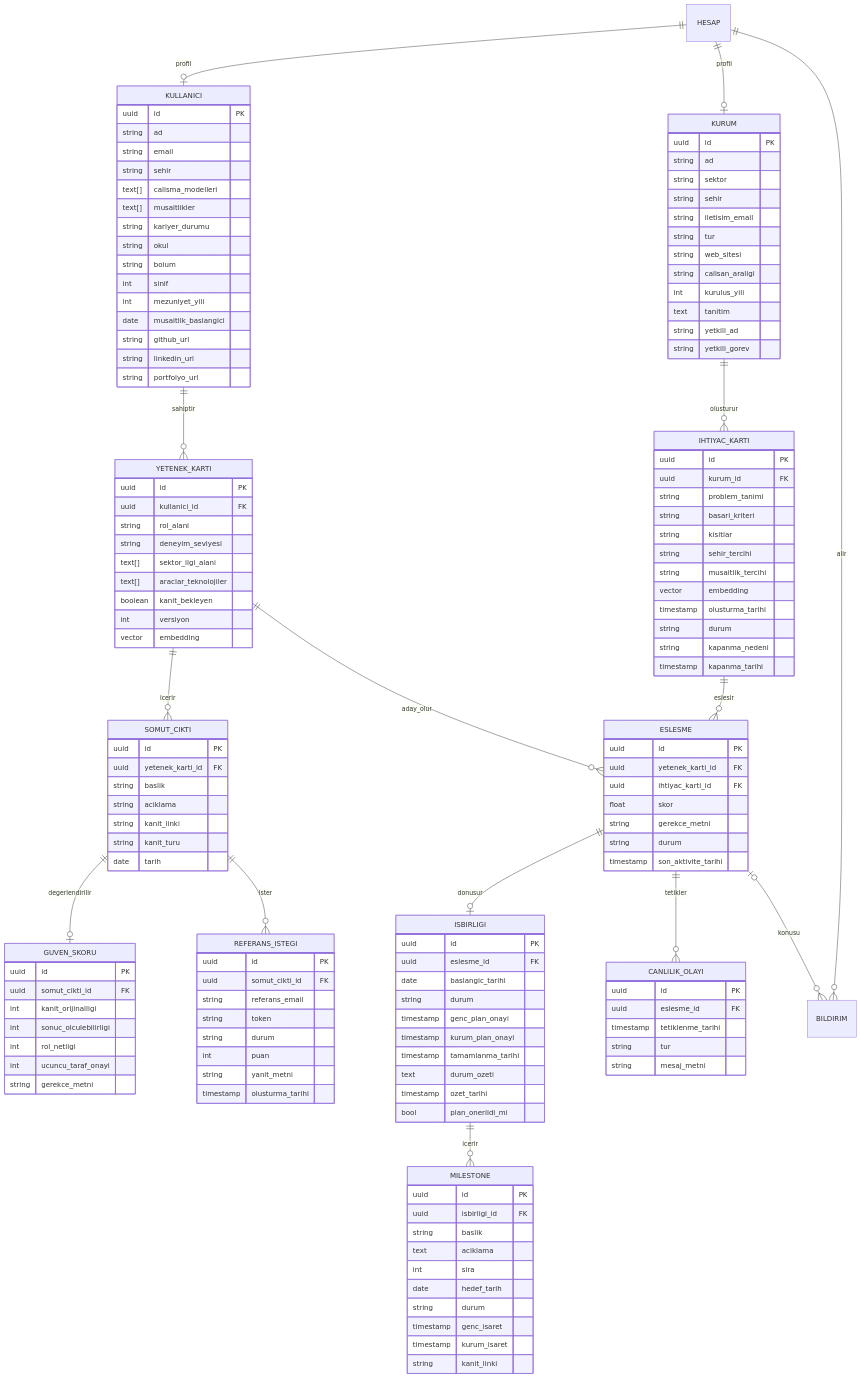
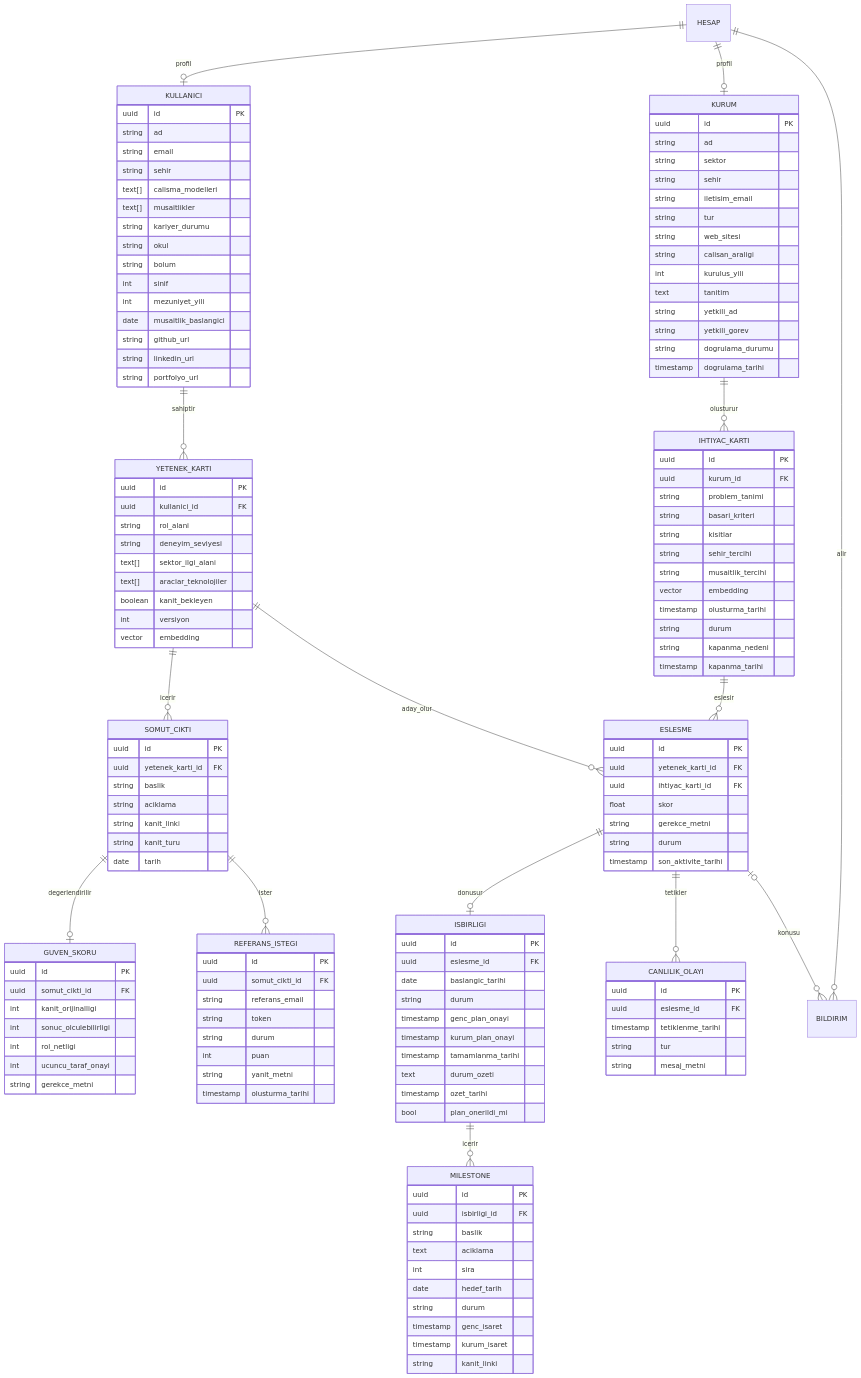
Before and after one commit to zuhrekorhn/Zemin360-Hackathon: the diagram in docs/data-schema.md, drawn with Mermaid. The commit also changed other lines of this file and 27 other files, not shown here.

```diff
--- a/docs/data-schema.md
+++ b/docs/data-schema.md
@@ -88,6 +88,8 @@
     text tanitim
     string yetkili_ad
     string yetkili_gorev
+    string dogrulama_durumu
+    timestamp dogrulama_tarihi
   }
   IHTIYAC_KARTI {
     uuid id PK
```
